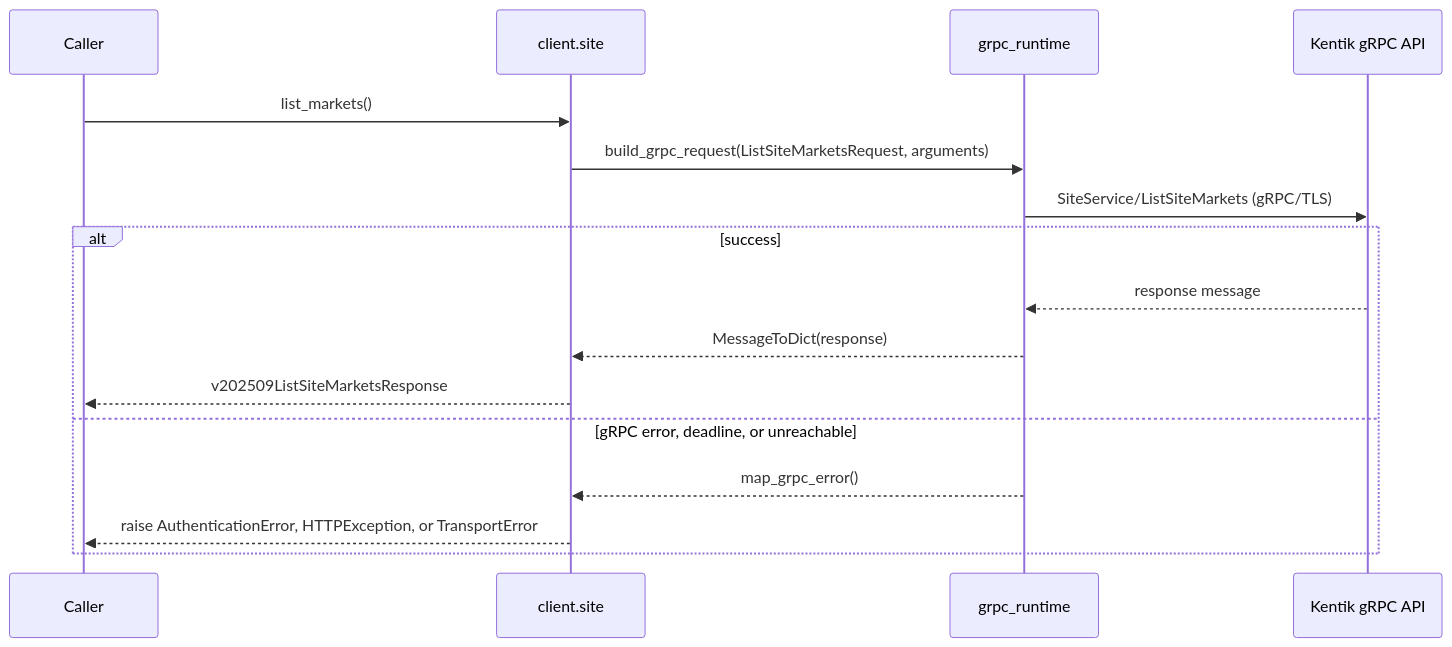
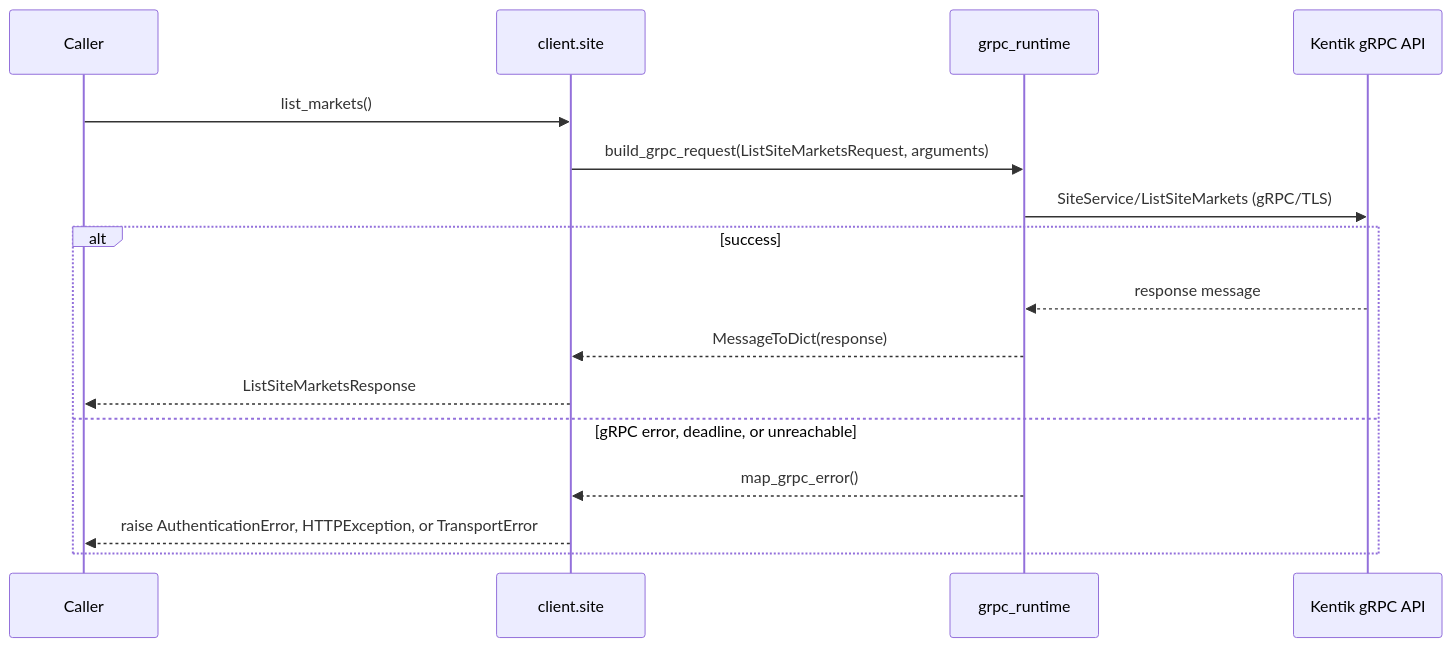
The third of 22 diagrams in docs/sphinx/services/site.md (alexdearaujo/community_sdk_python), drawn with Mermaid before and after one commit. The commit also changed other lines of this file and 38 other files, not shown here.

````diff
--- a/docs/sphinx/services/site.md
+++ b/docs/sphinx/services/site.md
@@ -59,19 +59,19 @@
 ```mermaid
 sequenceDiagram
     participant C as Caller
     participant W as client.site
     participant R as grpc_runtime
     participant API as Kentik gRPC API
 
     C->>W: list_markets()
     W->>R: build_grpc_request(ListSiteMarketsRequest, arguments)
     R->>API: SiteService/ListSiteMarkets (gRPC/TLS)
     alt success
         API-->>R: response message
         R-->>W: MessageToDict(response)
-        W-->>C: v202509ListSiteMarketsResponse
+        W-->>C: ListSiteMarketsResponse
     else gRPC error, deadline, or unreachable
         R-->>W: map_grpc_error()
         W-->>C: raise AuthenticationError, HTTPException, or TransportError
     end
 ```
````
